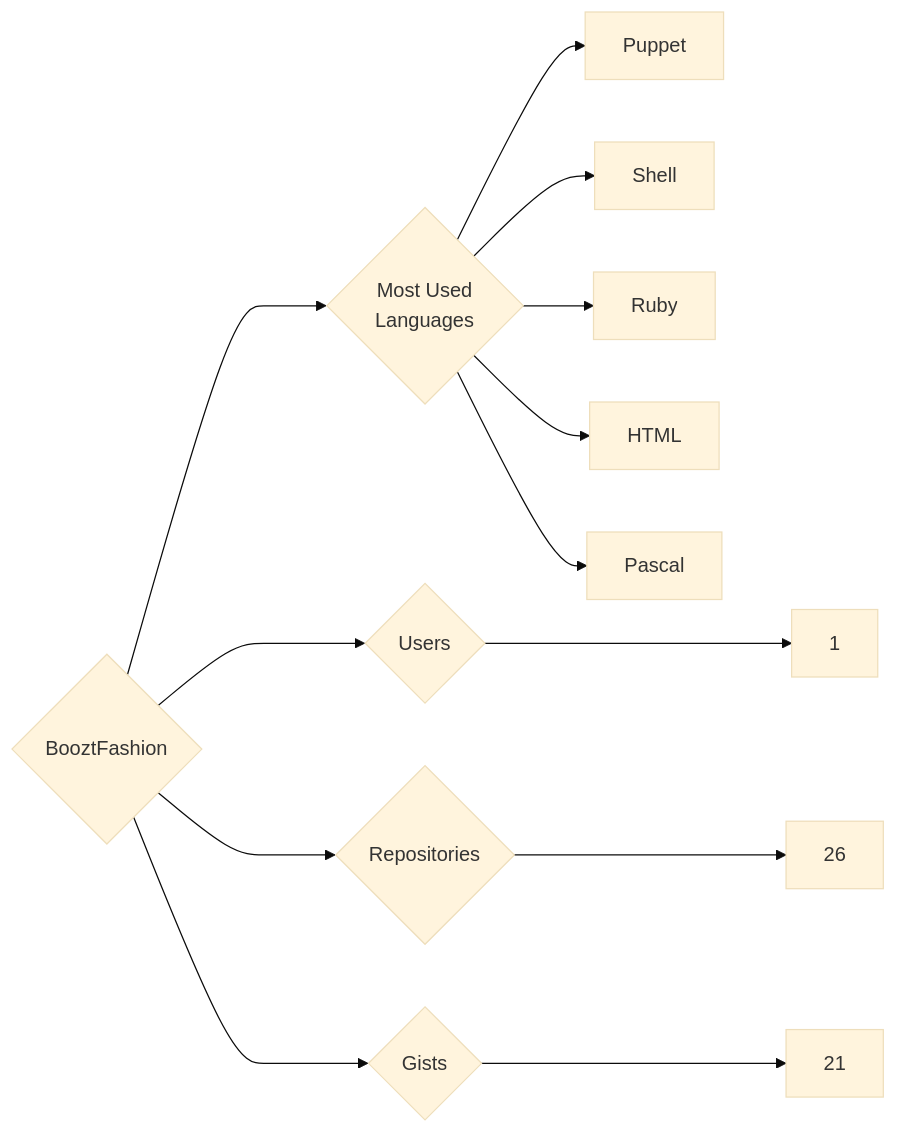
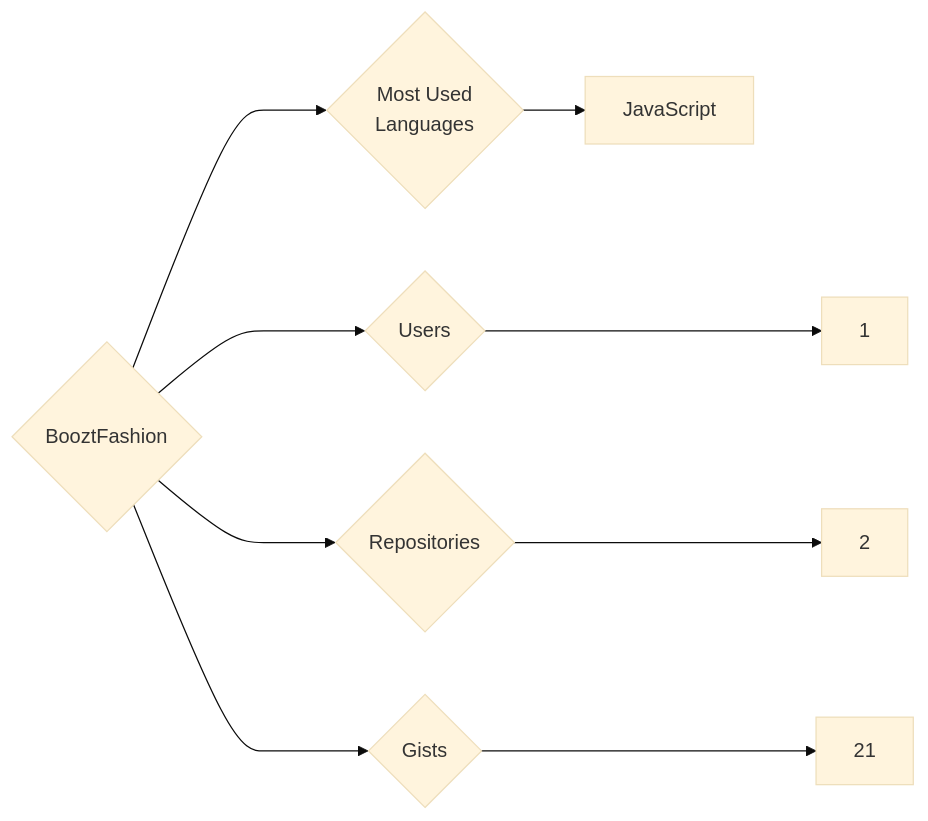
Before and after one commit to trickest/insiders: the diagram in targets/BooztFashion/README.md, drawn with Mermaid (base theme). The commit also changed 1314 other files, not shown here.

````diff
--- a/targets/BooztFashion/README.md
+++ b/targets/BooztFashion/README.md
@@ -3,13 +3,9 @@
 ```mermaid
 graph LR
 COMPANY_NAME{BooztFashion}
 COMPANY_NAME ---> U{Users} ---> UN[1]
-COMPANY_NAME ---> R{Repositories} ---> RN[26]
+COMPANY_NAME ---> R{Repositories} ---> RN[2]
 COMPANY_NAME ---> G{Gists} ---> GN[21]
 COMPANY_NAME ---> ML{Most Used<br>Languages}
-ML --> Puppet[Puppet]
-ML --> Shell[Shell]
-ML --> Ruby[Ruby]
-ML --> HTML[HTML]
-ML --> Pascal[Pascal]
+ML --> JavaScript[JavaScript]
 ```
````
